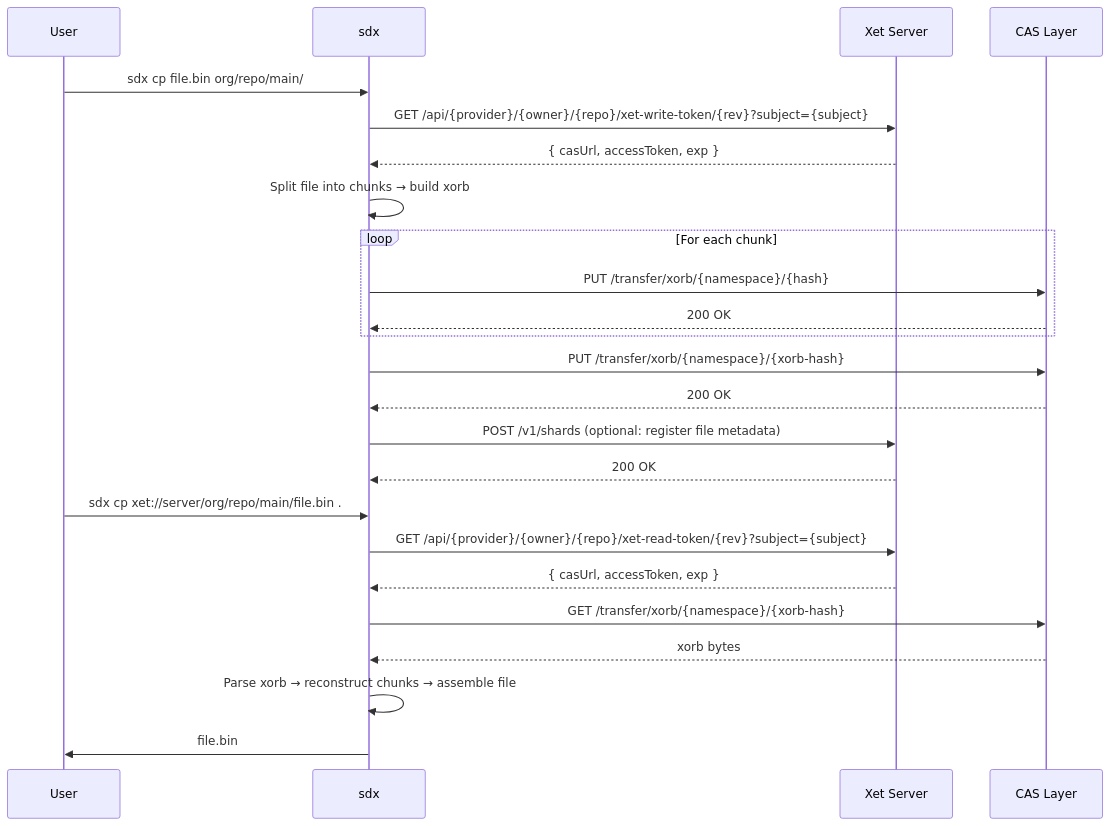
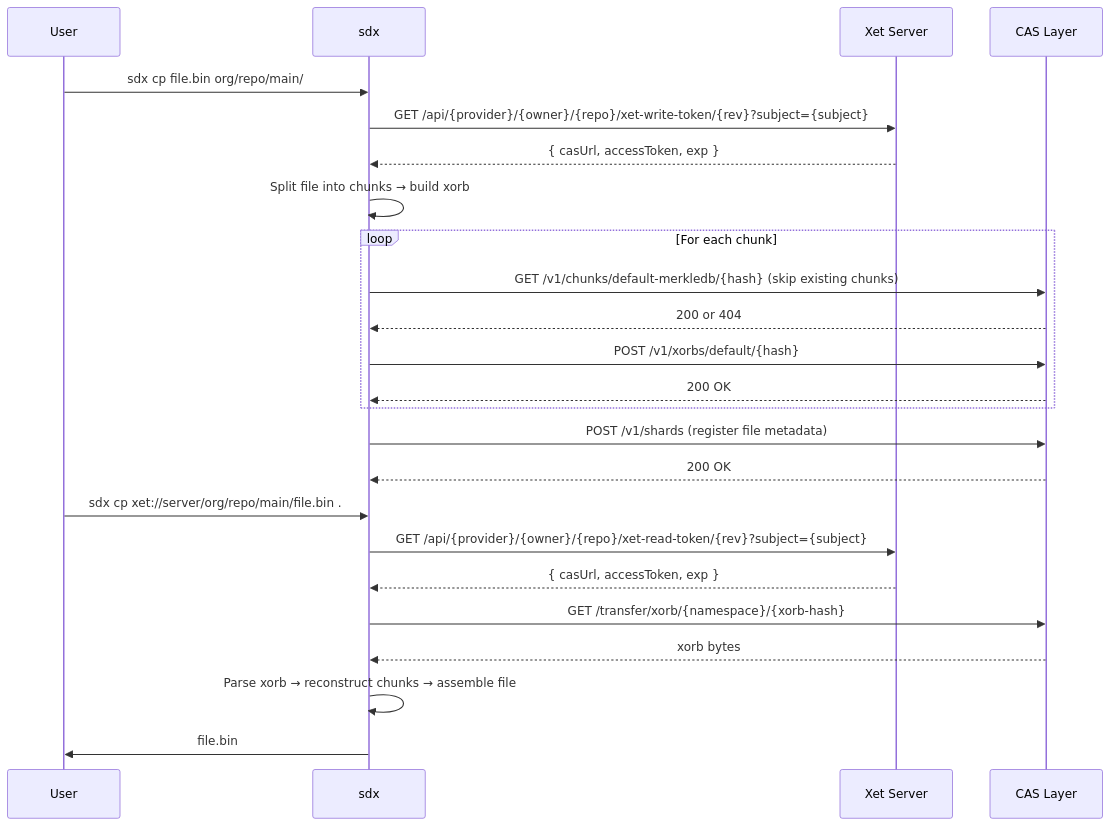
The second of 2 diagrams in docs/XET_NATIVE_CLI.md (STEXS-Technologies/shardline), drawn with Mermaid before and after one commit. The commit also changed other lines of this file and 29 other files, not shown here.

````diff
--- a/docs/XET_NATIVE_CLI.md
+++ b/docs/XET_NATIVE_CLI.md
@@ -121,33 +129,32 @@
 ```mermaid
 sequenceDiagram
   participant User as User
   participant CLI as sdx
   participant Server as Xet Server
   participant CAS as CAS Layer
 
   User->>CLI: sdx cp file.bin org/repo/main/
   CLI->>Server: GET /api/{provider}/{owner}/{repo}/xet-write-token/{rev}?subject={subject}
   Server-->>CLI: { casUrl, accessToken, exp }
 
   CLI->>CLI: Split file into chunks → build xorb
 
   loop For each chunk
-    CLI->>CAS: PUT /transfer/xorb/{namespace}/{hash}
+    CLI->>CAS: GET /v1/chunks/default-merkledb/{hash} (skip existing chunks)
+    CAS-->>CLI: 200 or 404
+    CLI->>CAS: POST /v1/xorbs/default/{hash}
     CAS-->>CLI: 200 OK
   end
 
-  CLI->>CAS: PUT /transfer/xorb/{namespace}/{xorb-hash}
+  CLI->>CAS: POST /v1/shards (register file metadata)
   CAS-->>CLI: 200 OK
-
-  CLI->>Server: POST /v1/shards (optional: register file metadata)
-  Server-->>CLI: 200 OK
 
   User->>CLI: sdx cp xet://server/org/repo/main/file.bin .
   CLI->>Server: GET /api/{provider}/{owner}/{repo}/xet-read-token/{rev}?subject={subject}
   Server-->>CLI: { casUrl, accessToken, exp }
 
   CLI->>CAS: GET /transfer/xorb/{namespace}/{xorb-hash}
   CAS-->>CLI: xorb bytes
   CLI->>CLI: Parse xorb → reconstruct chunks → assemble file
   CLI->>User: file.bin
 ```
````
